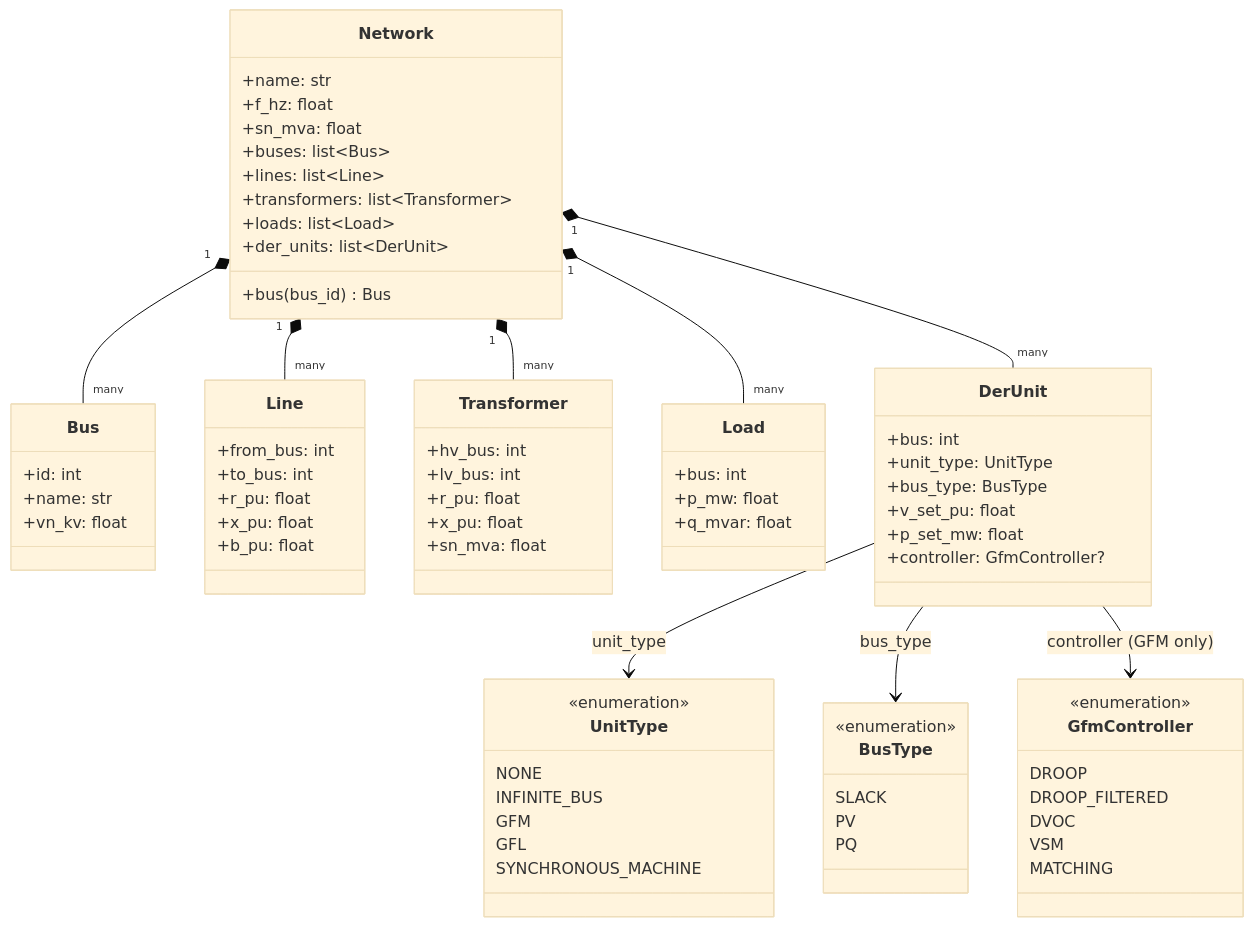
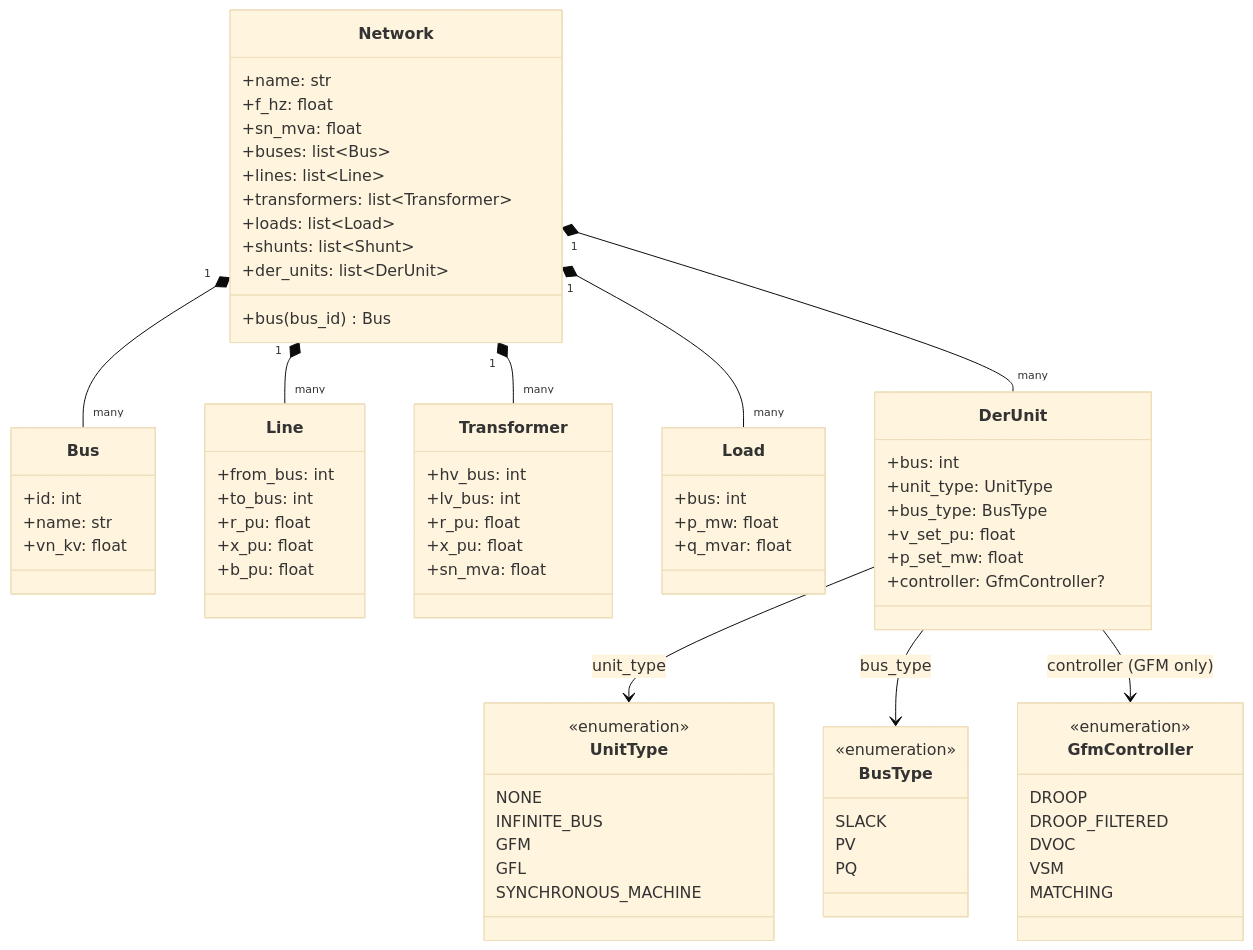
One commit to FKELADA/G2ELin changed the diagram in python/docs/sphinx/modules/network.md. Above: the diagram before and after it, drawn with Mermaid (base theme). The commit also changed other lines of this file and 11 other files, not shown here.

````diff
--- a/python/docs/sphinx/modules/network.md
+++ b/python/docs/sphinx/modules/network.md
@@ -11,77 +11,78 @@
 ```{mermaid}
 classDiagram
     class Network {
         +name: str
         +f_hz: float
         +sn_mva: float
         +buses: list~Bus~
         +lines: list~Line~
         +transformers: list~Transformer~
         +loads: list~Load~
+        +shunts: list~Shunt~
         +der_units: list~DerUnit~
         +bus(bus_id) Bus
     }
     class Bus {
         +id: int
         +name: str
         +vn_kv: float
     }
     class Line {
         +from_bus: int
         +to_bus: int
         +r_pu: float
         +x_pu: float
         +b_pu: float
     }
     class Transformer {
         +hv_bus: int
         +lv_bus: int
         +r_pu: float
         +x_pu: float
         +sn_mva: float
     }
     class Load {
         +bus: int
         +p_mw: float
         +q_mvar: float
     }
     class DerUnit {
         +bus: int
         +unit_type: UnitType
         +bus_type: BusType
         +v_set_pu: float
         +p_set_mw: float
         +controller: GfmController?
     }
     class BusType {
         <<enumeration>>
         SLACK
         PV
         PQ
     }
     class UnitType {
         <<enumeration>>
         NONE
         INFINITE_BUS
         GFM
         GFL
         SYNCHRONOUS_MACHINE
     }
     class GfmController {
         <<enumeration>>
         DROOP
         DROOP_FILTERED
         DVOC
         VSM
         MATCHING
     }
 
     Network "1" *-- "many" Bus
     Network "1" *-- "many" Line
     Network "1" *-- "many" Transformer
     Network "1" *-- "many" Load
     Network "1" *-- "many" DerUnit
     DerUnit --> UnitType : unit_type
     DerUnit --> BusType : bus_type
     DerUnit --> GfmController : controller (GFM only)
 ```
````
